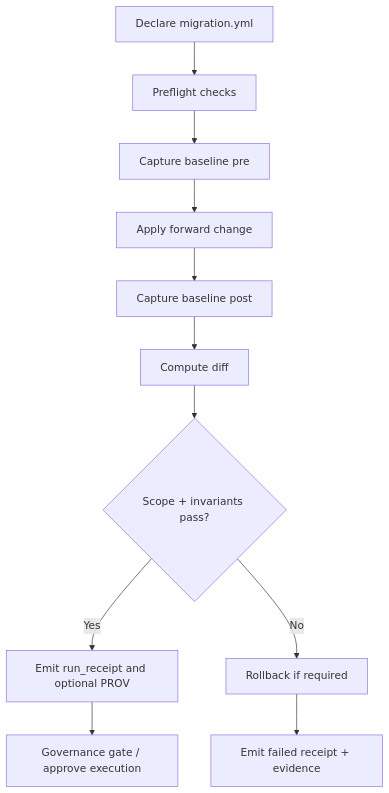
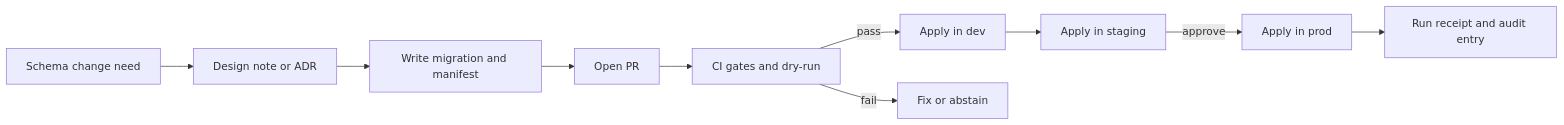
One commit to bartytime4life/Kansas-Frontier-Matrix changed the diagram in migrations/README.md. Above: the diagram before and after it, drawn with Mermaid. The commit also changed other lines of this file, not shown here.

````diff
--- a/migrations/README.md
+++ b/migrations/README.md
@@ -600,13 +91,12 @@
 ```mermaid
-flowchart TD
-  A[Declare migration.yml] --> B[Preflight checks]
-  B --> C[Capture baseline pre]
-  C --> D[Apply forward change]
-  D --> E[Capture baseline post]
-  E --> F[Compute diff]
-  F --> G{Scope + invariants pass?}
-  G -->|Yes| H[Emit run_receipt and optional PROV]
-  G -->|No| I[Rollback if required]
-  I --> J[Emit failed receipt + evidence]
-  H --> K[Governance gate / approve execution]
+flowchart LR
+  A[Schema change need] --> B[Design note or ADR]
+  B --> C[Write migration and manifest]
+  C --> D[Open PR]
+  D --> E[CI gates and dry-run]
+  E -->|pass| F[Apply in dev]
+  F --> G[Apply in staging]
+  G -->|approve| H[Apply in prod]
+  E -->|fail| X[Fix or abstain]
+  H --> I[Run receipt and audit entry]
 ```
````
